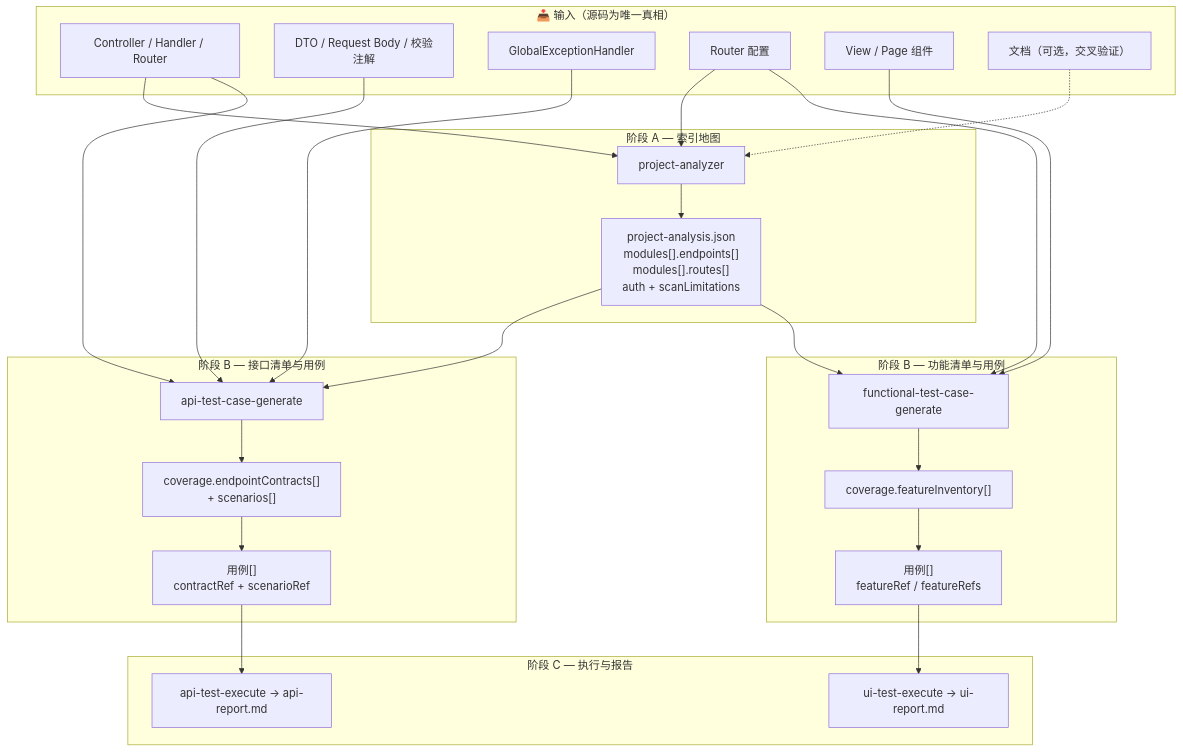
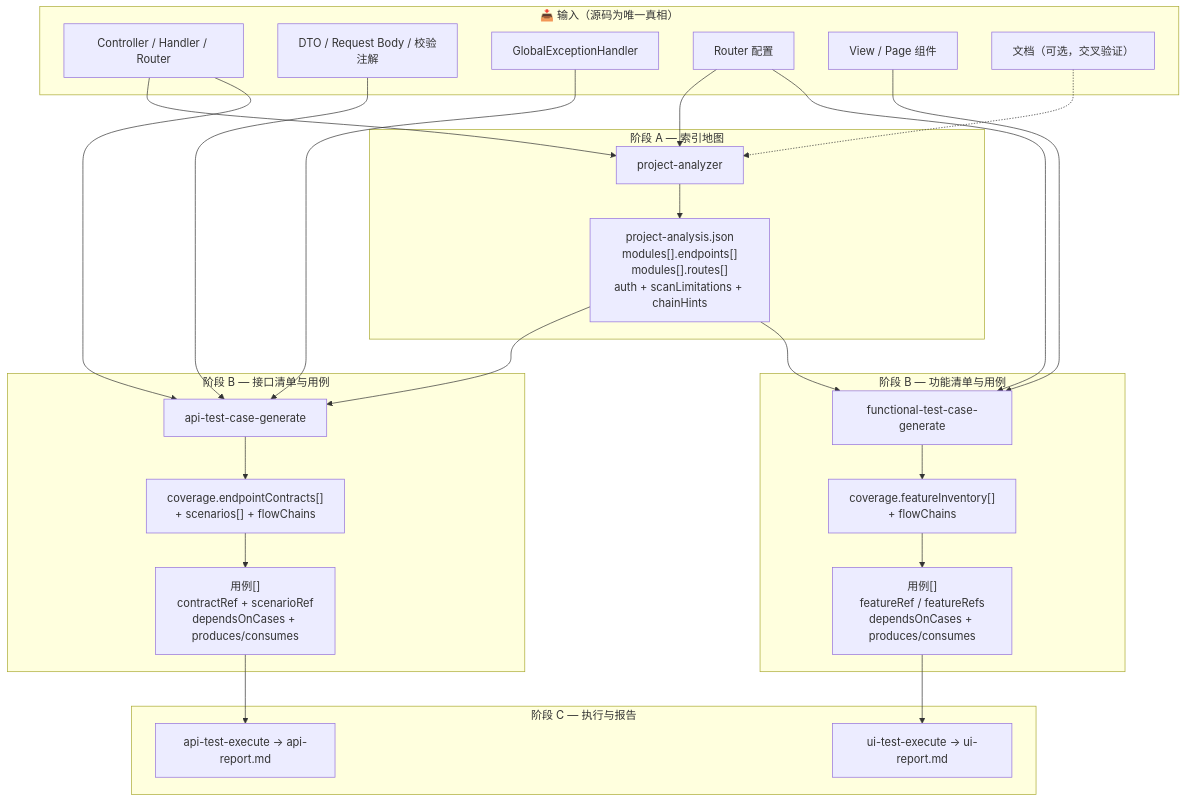
One commit to MakaCove/ai-test-pipeline changed the fifth of 6 diagrams in 架构与流程.md. Above: the diagram before and after it, drawn with Mermaid. The commit also changed other lines of this file and 42 other files, not shown here.

````diff
--- a/架构与流程.md
+++ b/架构与流程.md
@@ -177,52 +180,52 @@
 ```mermaid
 flowchart TD
     subgraph 输入["📥 输入（源码为唯一真相）"]
         BE_CTRL["Controller / Handler / Router"]
         BE_DTO["DTO / Request Body / 校验注解"]
         BE_EX["GlobalExceptionHandler"]
         FE_RT["Router 配置"]
         FE_VIEW["View / Page 组件"]
         DOC["文档（可选，交叉验证）"]
     end
 
     subgraph 阶段A["阶段 A — 索引地图"]
         PA["project-analyzer"]
-        PA_OUT["project-analysis.json<br/>modules[].endpoints[]<br/>modules[].routes[]<br/>auth + scanLimitations"]
+        PA_OUT["project-analysis.json<br/>modules[].endpoints[]<br/>modules[].routes[]<br/>auth + scanLimitations + chainHints"]
     end
 
     subgraph 阶段B_API["阶段 B — 接口清单与用例"]
         GEN_API["api-test-case-generate"]
-        INV_API["coverage.endpointContracts[]<br/>+ scenarios[]"]
-        CASE_API["用例[]<br/>contractRef + scenarioRef"]
+        INV_API["coverage.endpointContracts[]<br/>+ scenarios[] + flowChains"]
+        CASE_API["用例[]<br/>contractRef + scenarioRef<br/>dependsOnCases + produces/consumes"]
     end
 
     subgraph 阶段B_UI["阶段 B — 功能清单与用例"]
         GEN_UI["functional-test-case-generate"]
-        INV_UI["coverage.featureInventory[]"]
-        CASE_UI["用例[]<br/>featureRef / featureRefs"]
+        INV_UI["coverage.featureInventory[]<br/>+ flowChains"]
+        CASE_UI["用例[]<br/>featureRef / featureRefs<br/>dependsOnCases + produces/consumes"]
     end
 
     subgraph 阶段C["阶段 C — 执行与报告"]
         EXEC_API["api-test-execute → api-report.md"]
         EXEC_UI["ui-test-execute → ui-report.md"]
     end
 
     BE_CTRL --> PA
     FE_RT --> PA
     DOC -.-> PA
     PA --> PA_OUT
 
     PA_OUT --> GEN_API
     BE_CTRL --> GEN_API
     BE_DTO --> GEN_API
     BE_EX --> GEN_API
     GEN_API --> INV_API --> CASE_API
 
     PA_OUT --> GEN_UI
     FE_RT --> GEN_UI
     FE_VIEW --> GEN_UI
     GEN_UI --> INV_UI --> CASE_UI
 
     CASE_API --> EXEC_API
     CASE_UI --> EXEC_UI
 ```
````
